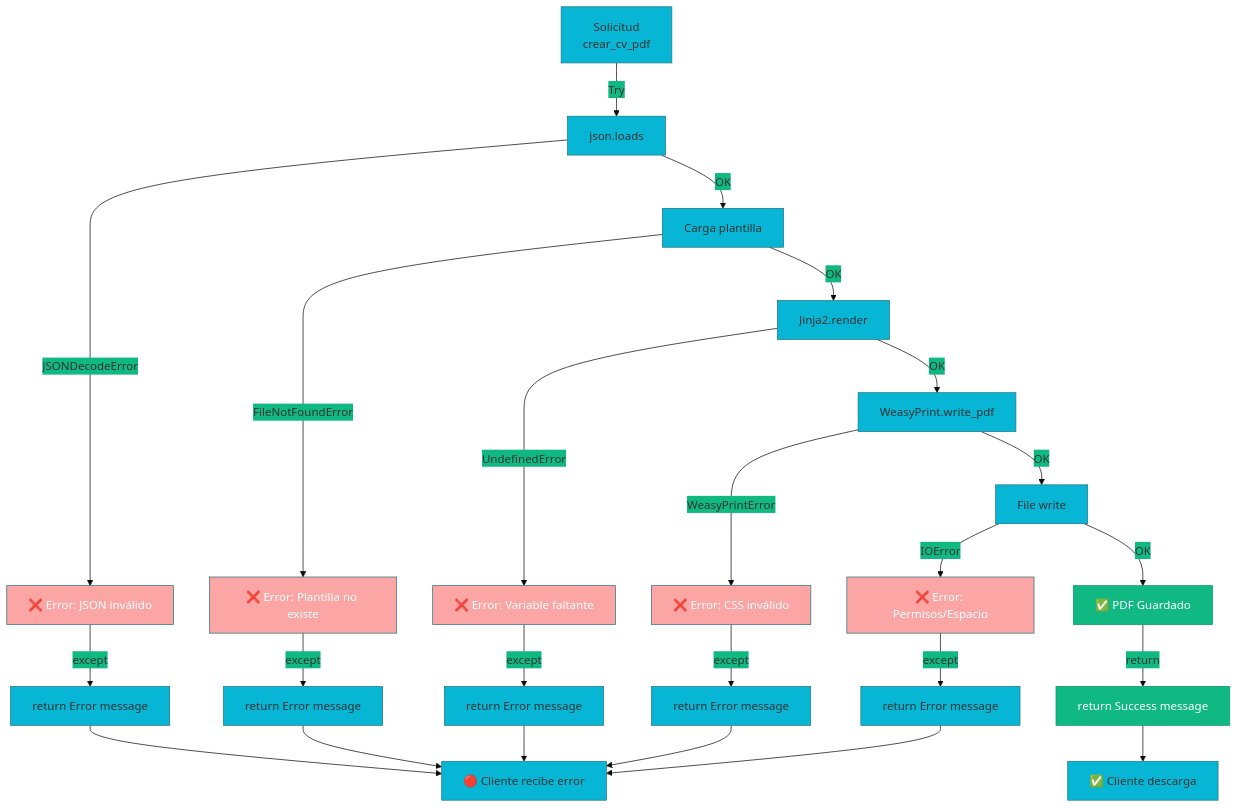
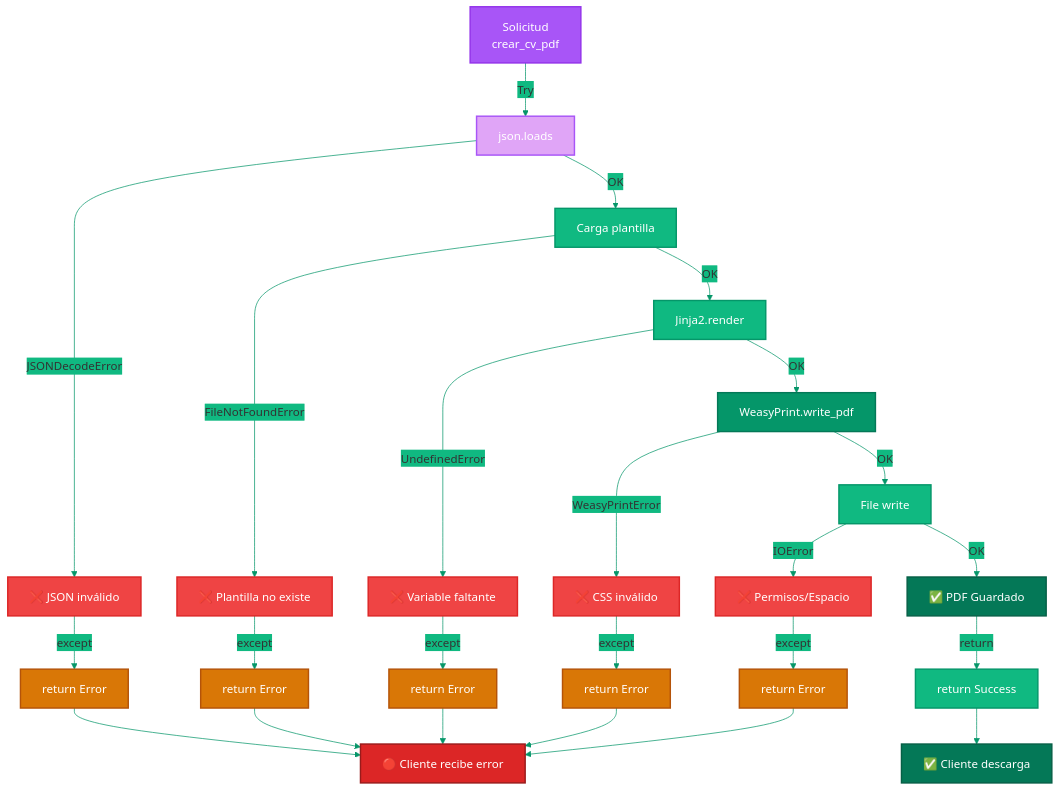
Before and after one commit to cjhirashi/cjhirashi-career: the fourth of 4 diagrams in docs/DATA_FLOW.md, drawn with Mermaid. The commit also changed other lines of this file and 2 other files, not shown here.

````diff
--- a/docs/DATA_FLOW.md
+++ b/docs/DATA_FLOW.md
@@ -227,45 +232,59 @@
 ```mermaid
 %%{init: {
   'theme': 'base',
   'themeVariables': {
-    'primaryColor': '#06B6D4',
+    'primaryColor': '#A855F7',
     'secondaryColor': '#10B981',
-    'tertiaryColor': '#A855F7'
+    'tertiaryColor': '#06B6D4',
+    'lineColor': '#059669'
   }
 }}%%
 
 graph TD
   START["Solicitud<br/>crear_cv_pdf"] -->|"Try"| JSON_PARSE["json.loads"]
-  JSON_PARSE -->|"JSONDecodeError"| ERR1["❌ Error: JSON inválido"]
+  JSON_PARSE -->|"JSONDecodeError"| ERR1["❌ JSON inválido"]
   JSON_PARSE -->|"OK"| LOAD["Carga plantilla"]
-  LOAD -->|"FileNotFoundError"| ERR2["❌ Error: Plantilla no existe"]
+  LOAD -->|"FileNotFoundError"| ERR2["❌ Plantilla no existe"]
   LOAD -->|"OK"| RENDER["Jinja2.render"]
-  RENDER -->|"UndefinedError"| ERR3["❌ Error: Variable faltante"]
+  RENDER -->|"UndefinedError"| ERR3["❌ Variable faltante"]
   RENDER -->|"OK"| WEASY["WeasyPrint.write_pdf"]
-  WEASY -->|"WeasyPrintError"| ERR4["❌ Error: CSS inválido"]
+  WEASY -->|"WeasyPrintError"| ERR4["❌ CSS inválido"]
   WEASY -->|"OK"| WRITE["File write"]
-  WRITE -->|"IOError"| ERR5["❌ Error: Permisos/Espacio"]
+  WRITE -->|"IOError"| ERR5["❌ Permisos/Espacio"]
   WRITE -->|"OK"| SUCCESS["✅ PDF Guardado"]
 
-  ERR1 -->|"except"| RETURN1["return Error message"]
-  ERR2 -->|"except"| RETURN2["return Error message"]
-  ERR3 -->|"except"| RETURN3["return Error message"]
-  ERR4 -->|"except"| RETURN4["return Error message"]
-  ERR5 -->|"except"| RETURN5["return Error message"]
-  SUCCESS -->|"return"| SUCCESS_MSG["return Success message"]
+  ERR1 -->|"except"| RETURN1["return Error"]
+  ERR2 -->|"except"| RETURN2["return Error"]
+  ERR3 -->|"except"| RETURN3["return Error"]
+  ERR4 -->|"except"| RETURN4["return Error"]
+  ERR5 -->|"except"| RETURN5["return Error"]
+  SUCCESS -->|"return"| SUCCESS_MSG["return Success"]
 
   RETURN1 --> CLI["🔴 Cliente recibe error"]
   RETURN2 --> CLI
   RETURN3 --> CLI
   RETURN4 --> CLI
   RETURN5 --> CLI
   SUCCESS_MSG --> LOG["✅ Cliente descarga"]
 
-  style ERR1 fill:#fca5a5,color:#fff
-  style ERR2 fill:#fca5a5,color:#fff
-  style ERR3 fill:#fca5a5,color:#fff
-  style ERR4 fill:#fca5a5,color:#fff
-  style ERR5 fill:#fca5a5,color:#fff
-  style SUCCESS fill:#10B981,stroke:#059669,color:#fff
-  style SUCCESS_MSG fill:#10B981,stroke:#059669,color:#fff
+  style START fill:#A855F7,stroke:#9333EA,stroke-width:2px,color:#fff
+  style JSON_PARSE fill:#E0A5F7,stroke:#A855F7,stroke-width:2px,color:#fff
+  style LOAD fill:#10B981,stroke:#059669,stroke-width:2px,color:#fff
+  style RENDER fill:#0FB981,stroke:#059669,stroke-width:2px,color:#fff
+  style WEASY fill:#059669,stroke:#047857,stroke-width:2px,color:#fff
+  style WRITE fill:#10B981,stroke:#059669,stroke-width:2px,color:#fff
+  style SUCCESS fill:#047857,stroke:#065F46,stroke-width:2px,color:#fff
+  style ERR1 fill:#EF4444,stroke:#DC2626,stroke-width:2px,color:#fff
+  style ERR2 fill:#EF4444,stroke:#DC2626,stroke-width:2px,color:#fff
+  style ERR3 fill:#EF4444,stroke:#DC2626,stroke-width:2px,color:#fff
+  style ERR4 fill:#EF4444,stroke:#DC2626,stroke-width:2px,color:#fff
+  style ERR5 fill:#EF4444,stroke:#DC2626,stroke-width:2px,color:#fff
+  style RETURN1 fill:#D97706,stroke:#B45309,stroke-width:2px,color:#fff
+  style RETURN2 fill:#D97706,stroke:#B45309,stroke-width:2px,color:#fff
+  style RETURN3 fill:#D97706,stroke:#B45309,stroke-width:2px,color:#fff
+  style RETURN4 fill:#D97706,stroke:#B45309,stroke-width:2px,color:#fff
+  style RETURN5 fill:#D97706,stroke:#B45309,stroke-width:2px,color:#fff
+  style CLI fill:#DC2626,stroke:#991B1B,stroke-width:2px,color:#fff
+  style SUCCESS_MSG fill:#10B981,stroke:#059669,stroke-width:2px,color:#fff
+  style LOG fill:#047857,stroke:#065F46,stroke-width:2px,color:#fff
 ```
````
